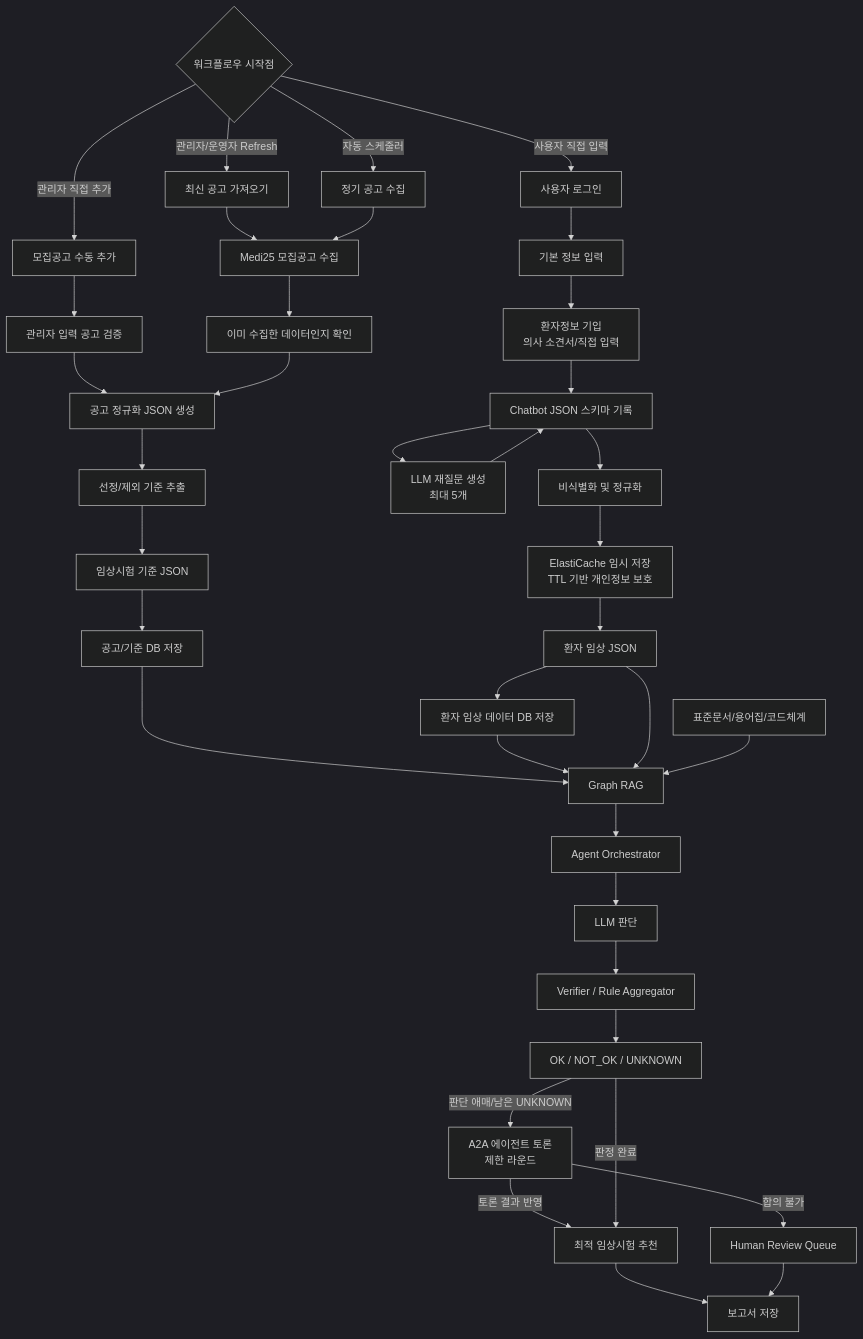
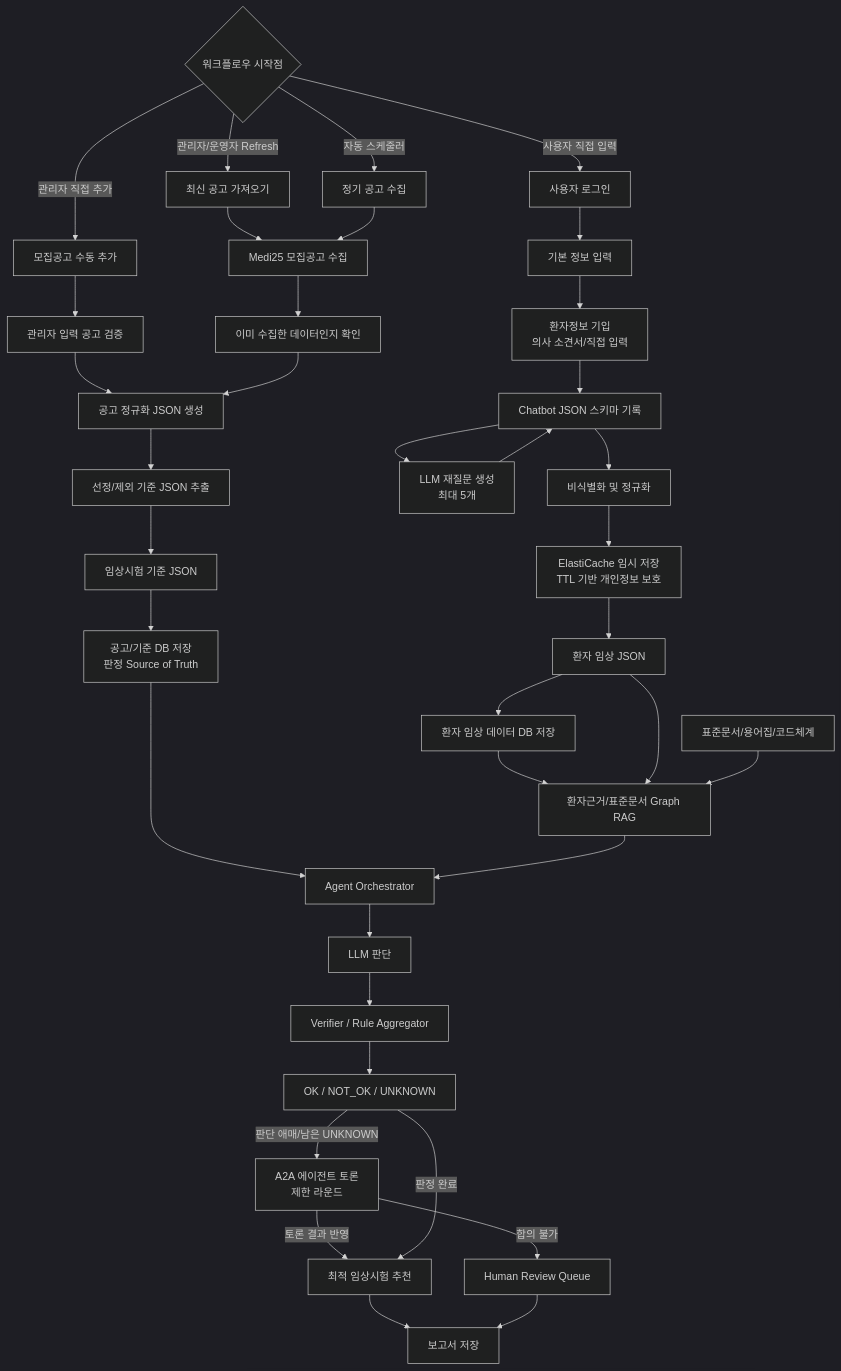
Before and after one commit to 1jaekim/AWS_Healthcare: the first of 7 diagrams in doc/MATCHING_MODEL_V2.md, drawn with Mermaid (dark theme). The commit also changed other lines of this file and 48 other files, not shown here.

First line of the commit message:
feat(api): GraphRAG 검색과 기준별 LLM 판단 계층 추가

````diff
--- a/doc/MATCHING_MODEL_V2.md
+++ b/doc/MATCHING_MODEL_V2.md
@@ -11,45 +11,45 @@
 ```mermaid
 flowchart TD
     START{"워크플로우 시작점"}
     START -->|관리자/운영자 Refresh| REF["최신 공고 가져오기"]
     START -->|관리자 직접 추가| ADMINADD["모집공고 수동 추가"]
     START -->|자동 스케줄러| AUTO["정기 공고 수집"]
     START -->|사용자 직접 입력| U["사용자 로그인"]
 
     REF --> A["Medi25 모집공고 수집"]
     ADMINADD --> MANUAL["관리자 입력 공고 검증"]
     MANUAL --> B
     AUTO --> A
     A --> CHECK["이미 수집한 데이터인지 확인"]
     CHECK --> B["공고 정규화 JSON 생성"]
-    B --> C["선정/제외 기준 추출"]
+    B --> C["선정/제외 기준 JSON 추출"]
     C --> D["임상시험 기준 JSON"]
-    D --> DBT["공고/기준 DB 저장"]
+    D --> DBT["공고/기준 DB 저장<br/>판정 Source of Truth"]
 
     U --> P["기본 정보 입력"]
     P --> E["환자정보 기입<br/>의사 소견서/직접 입력"]
     E --> BOT["Chatbot JSON 스키마 기록"]
     BOT --> Q0["LLM 재질문 생성<br/>최대 5개"]
     Q0 --> BOT
     BOT --> S["비식별화 및 정규화"]
     S --> CACHE["ElastiCache 임시 저장<br/>TTL 기반 개인정보 보호"]
     CACHE --> J["환자 임상 JSON"]
     J --> DBP["환자 임상 데이터 DB 저장"]
 
-    DBT --> R["Graph RAG"]
+    DBT --> AG["Agent Orchestrator"]
     DBP --> R
     J --> R
     STD["표준문서/용어집/코드체계"] --> R
 
-    R --> AG["Agent Orchestrator"]
+    R["환자근거/표준문서 Graph RAG"] --> AG
     AG --> M["LLM 판단"]
     M --> V["Verifier / Rule Aggregator"]
     V --> O["OK / NOT_OK / UNKNOWN"]
 
     O -->|판단 애매/남은 UNKNOWN| A2A["A2A 에이전트 토론<br/>제한 라운드"]
     A2A -->|토론 결과 반영| REC["최적 임상시험 추천"]
     A2A -->|합의 불가| HR["Human Review Queue"]
     O -->|판정 완료| REC
     REC --> REP["보고서 저장"]
     HR --> REP
 ```
````
